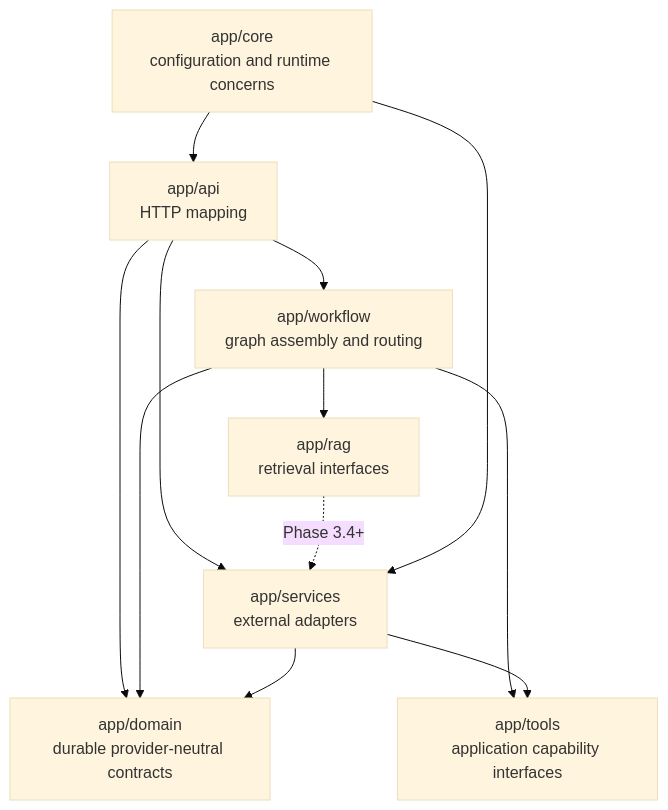
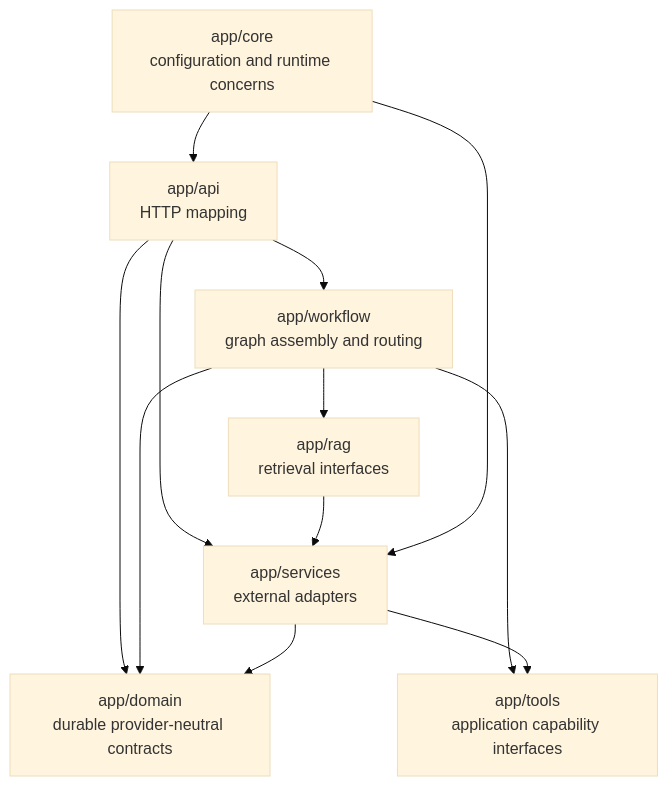
Before and after one commit to sanket-nawghare/langchain-poc: the second of 5 diagrams in docs/ARCHITECTURE.md, drawn with Mermaid (base theme). The commit also changed other lines of this file and 19 other files, not shown here.

````diff
--- a/docs/ARCHITECTURE.md
+++ b/docs/ARCHITECTURE.md
@@ -59,22 +59,22 @@
 ```mermaid
 flowchart TD
     API["app/api<br/>HTTP mapping"]
     Workflow["app/workflow<br/>graph assembly and routing"]
     Tools["app/tools<br/>application capability interfaces"]
     RAG["app/rag<br/>retrieval interfaces"]
     Services["app/services<br/>external adapters"]
     Core["app/core<br/>configuration and runtime concerns"]
     Domain["app/domain<br/>durable provider-neutral contracts"]
 
     API --> Domain
     API --> Workflow
     Workflow --> Tools
     Workflow --> RAG
     Workflow --> Domain
     API --> Services
     Services --> Tools
-    RAG -. "Phase 3.4+" .-> Services
+    RAG --> Services
     Services --> Domain
     Core --> API
     Core --> Services
 ```
````
